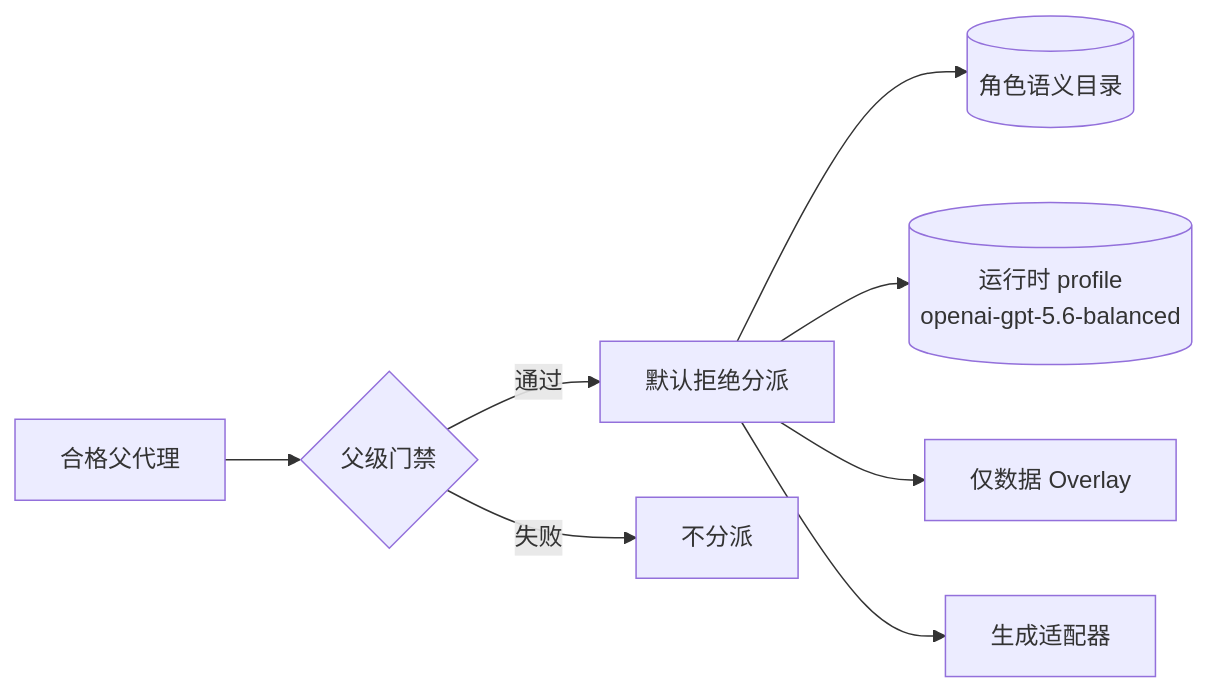
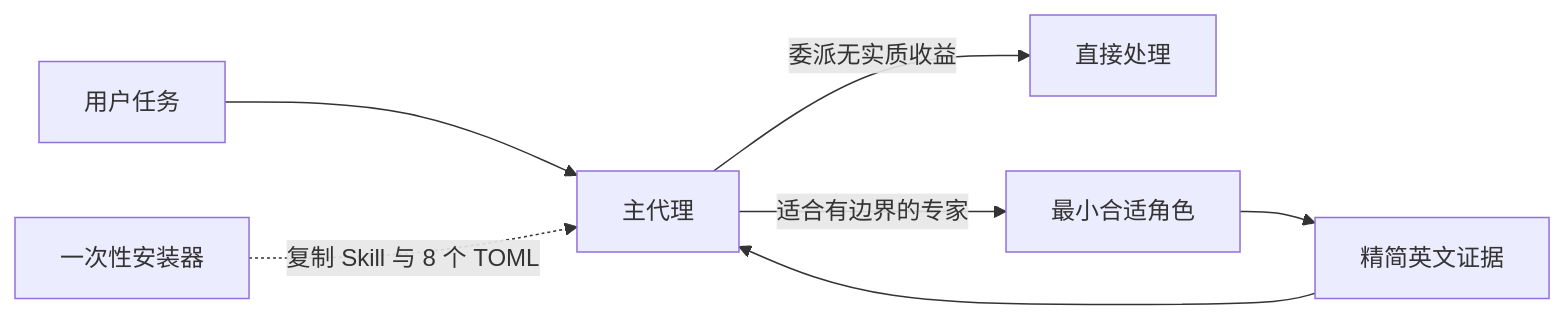
One commit to Adam0120/codex-agent-governance changed the diagram in README.zh-CN.md. Above: the diagram before and after it, drawn with Mermaid. The commit also changed other lines of this file and 28 other files, not shown here.

````diff
--- a/README.zh-CN.md
+++ b/README.zh-CN.md
@@ -42,10 +14,9 @@
 ```mermaid
 flowchart LR
-  P[合格父代理] --> G{父级门禁}
-  G -->|通过| D[默认拒绝分派]
-  G -->|失败| X[不分派]
-  D --> C[(角色语义目录)]
-  D --> R[(运行时 profile<br/>openai-gpt-5.6-balanced)]
-  D --> O[仅数据 Overlay]
-  D --> A[生成适配器]
+  U[用户任务] --> M[主代理]
+  M -->|委派无实质收益| W[直接处理]
+  M -->|适合有边界的专家| R[最小合适角色]
+  R --> E[精简英文证据]
+  E --> M
+  I[一次性安装器] -. 复制 Skill 与 8 个 TOML .-> M
 ```
````
